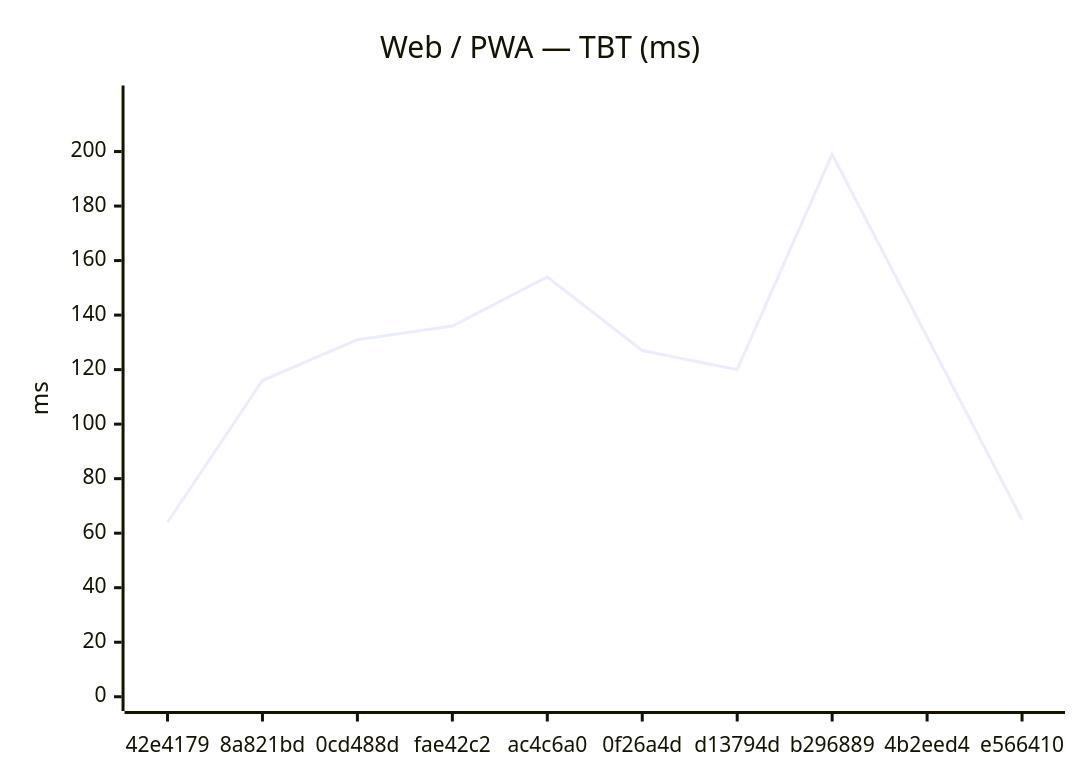
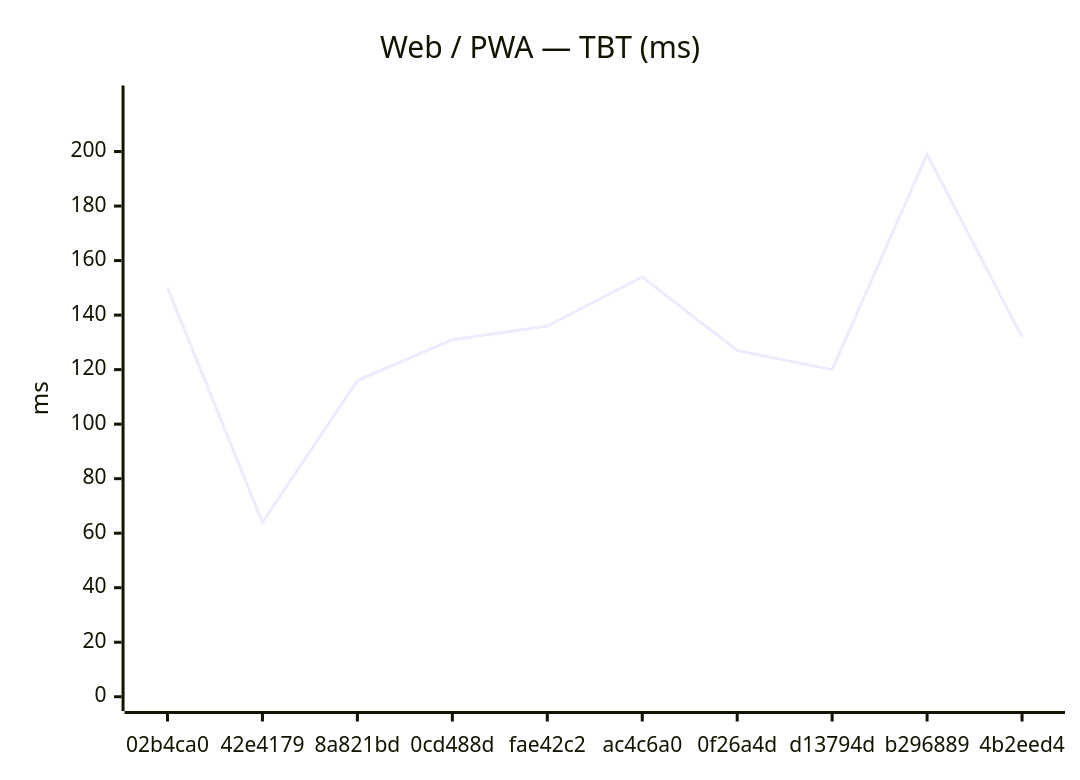
The second of 18 diagrams in benchmarks/compare.md (Metaheurist/Rianell), drawn with Mermaid before and after one commit. The commit also changed other lines of this file and 11 other files, not shown here.

````diff
--- a/benchmarks/compare.md
+++ b/benchmarks/compare.md
@@ -31,7 +31,7 @@
 ```mermaid
 xychart-beta
     title "Web / PWA — TBT (ms)"
-    x-axis ["42e4179", "8a821bd", "0cd488d", "fae42c2", "ac4c6a0", "0f26a4d", "d13794d", "b296889", "4b2eed4", "e566410"]
+    x-axis ["02b4ca0", "42e4179", "8a821bd", "0cd488d", "fae42c2", "ac4c6a0", "0f26a4d", "d13794d", "b296889", "4b2eed4"]
     y-axis "ms" 0 --> 219
-    line [64, 116, 131, 136, 154, 127, 120, 199, 132, 65]
+    line [150, 64, 116, 131, 136, 154, 127, 120, 199, 132]
 ```
````
